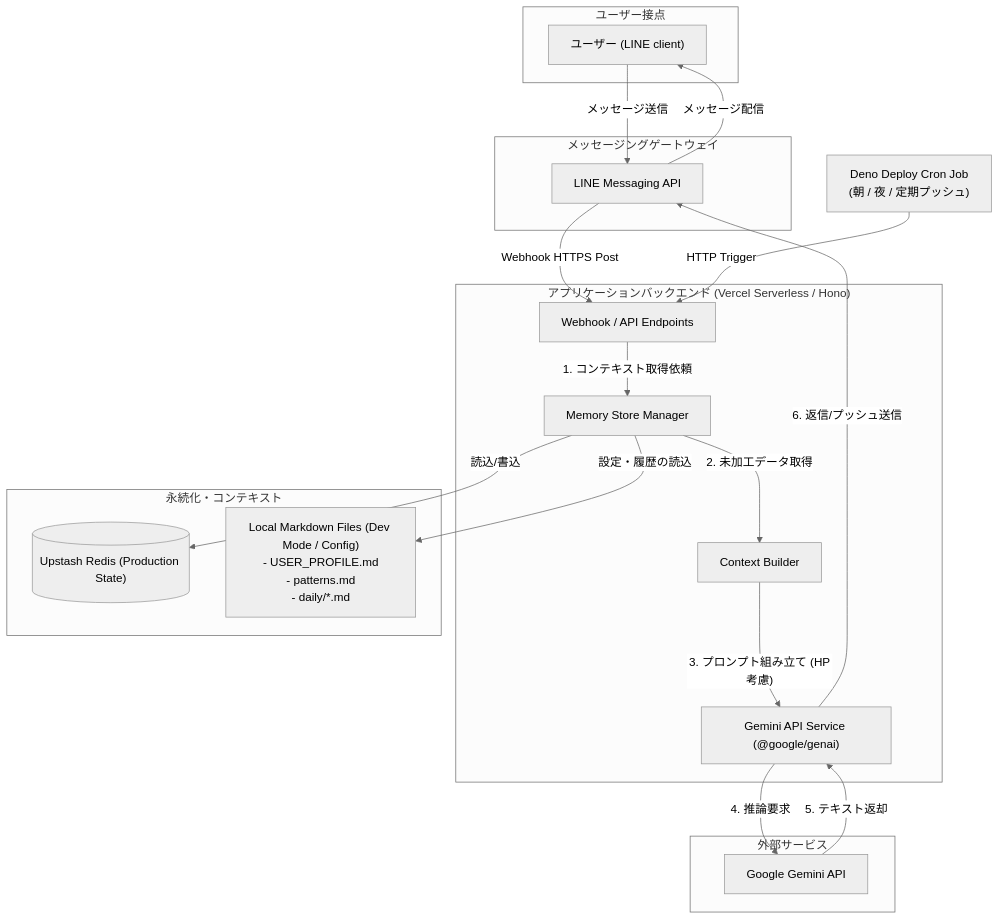
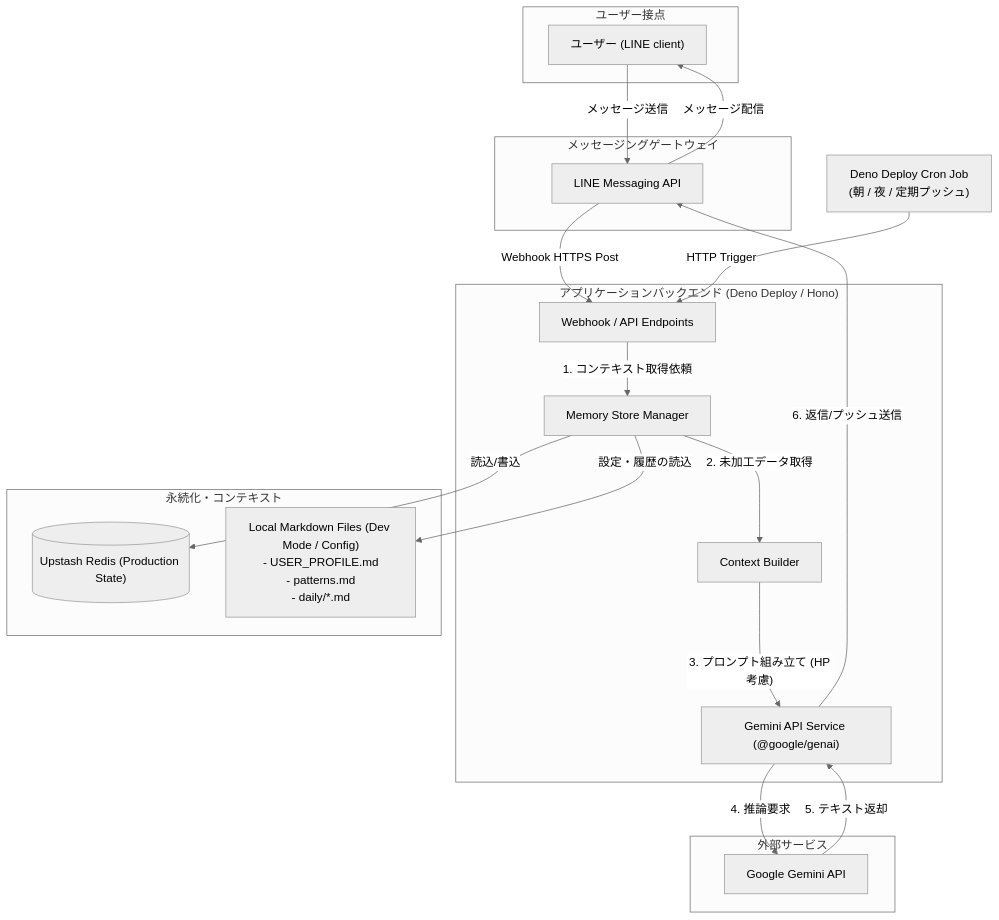
One commit to schnya/YourSpartanCoach changed the diagram in README.md. Above: the diagram before and after it, drawn with Mermaid (neutral theme). The commit also changed other lines of this file and 1 other file, not shown here.

````diff
--- a/README.md
+++ b/README.md
@@ -28,45 +28,45 @@
 ```mermaid
 flowchart TD
   subgraph User_Touchpoint ["ユーザー接点"]
     User["ユーザー (LINE client)"]
   end
 
   subgraph Messaging_Gateway ["メッセージングゲートウェイ"]
     LineAPI["LINE Messaging API"]
   end
 
-  subgraph App_Backend ["アプリケーションバックエンド (Vercel Serverless / Hono)"]
+  subgraph App_Backend ["アプリケーションバックエンド (Deno Deploy / Hono)"]
     WebhookHandler["Webhook / API Endpoints"]
     ContextBuilder["Context Builder"]
     LLMService["Gemini API Service (@google/genai)"]
     MemoryStore["Memory Store Manager"]
   end
 
   subgraph Persistence_Layer ["永続化・コンテキスト"]
     Redis[("Upstash Redis (Production State)")]
     LocalFiles["Local Markdown Files (Dev Mode / Config)<br/>- USER_PROFILE.md<br/>- patterns.md<br/>- daily/*.md"]
   end
 
   subgraph External_APIs ["外部サービス"]
     GeminiAPI["Google Gemini API"]
   end
 
   %% Data Flow
   User -->|メッセージ送信| LineAPI
   LineAPI -->|Webhook HTTPS Post| WebhookHandler
   
   %% Cron triggers
   WebhookHandler -->|1. コンテキスト取得依頼| MemoryStore
   MemoryStore -->|読込/書込| Redis
   MemoryStore -->|設定・履歴の読込| LocalFiles
   
   MemoryStore -->|2. 未加工データ取得| ContextBuilder
   ContextBuilder -->|"3. プロンプト組み立て (HP考慮)"| LLMService
   LLMService -->|4. 推論要求| GeminiAPI
   GeminiAPI -->|5. テキスト返却| LLMService
   LLMService -->|6. 返信/プッシュ送信| LineAPI
   LineAPI -->|メッセージ配信| User
   
   %% Scheduled Cron
   CronScheduler["Deno Deploy Cron Job<br/>(朝 / 夜 / 定期プッシュ)"] -->|HTTP Trigger| WebhookHandler
 ```
````
